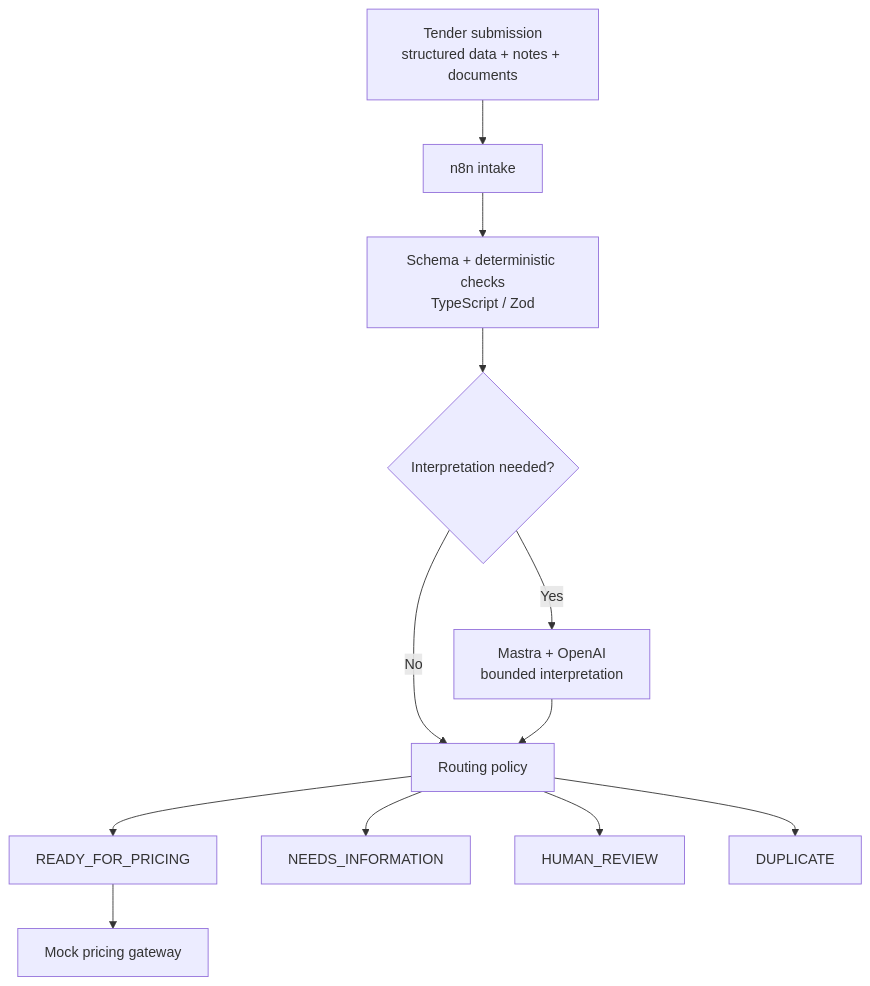
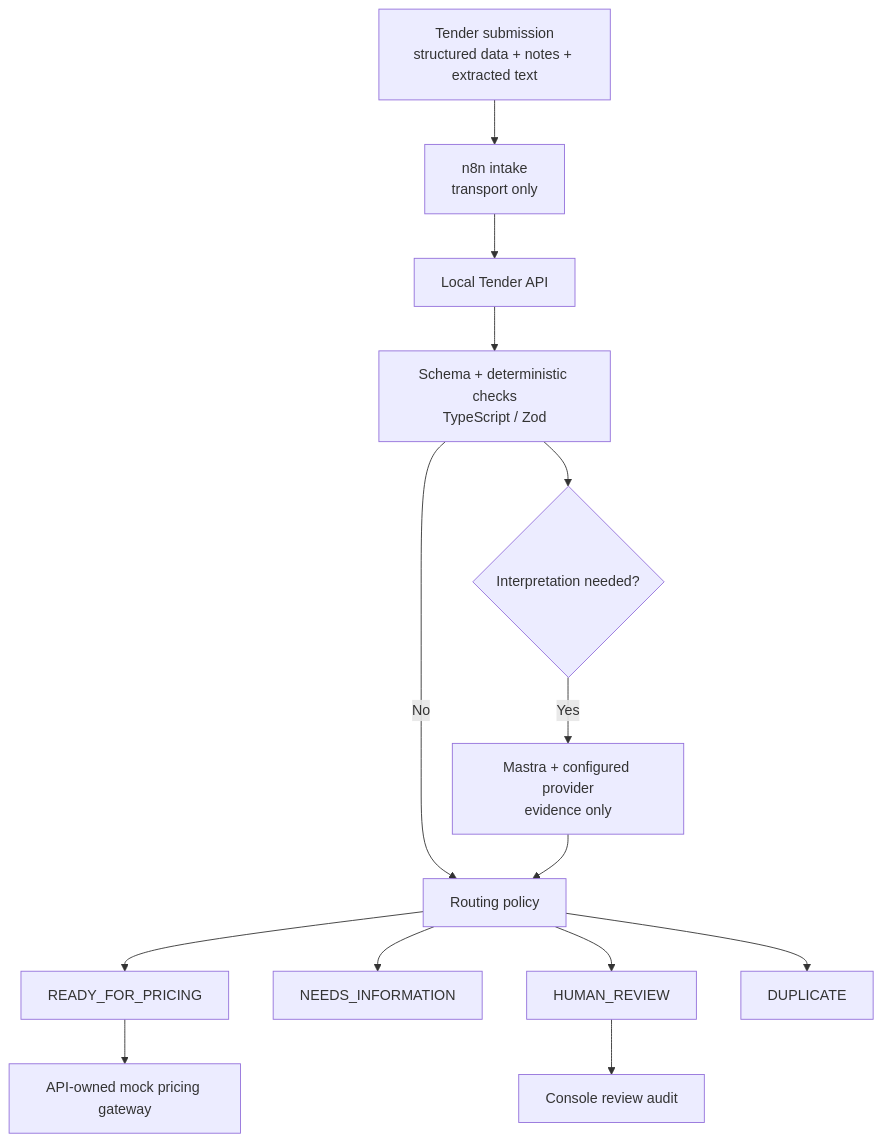
Before and after one commit to MichaelJLow/tem-tender-readiness-engine: the diagram in README.md, drawn with Mermaid. The commit also changed other lines of this file and 21 other files, not shown here.

````diff
--- a/README.md
+++ b/README.md
@@ -27,14 +31,16 @@
 ```mermaid
 flowchart TD
-    A["Tender submission<br/>structured data + notes + documents"] --> B["n8n intake"]
-    B --> C["Schema + deterministic checks<br/>TypeScript / Zod"]
-    C --> D{"Interpretation needed?"}
+    A["Tender submission<br/>structured data + notes + extracted text"] --> B["n8n intake<br/>transport only"]
+    B --> C["Local Tender API"]
+    C --> D["Schema + deterministic checks<br/>TypeScript / Zod"]
+    D --> E{"Interpretation needed?"}
     D -->|No| F["Routing policy"]
-    D -->|Yes| E["Mastra + OpenAI<br/>bounded interpretation"]
-    E --> F
-    F --> G["READY_FOR_PRICING"]
-    F --> H["NEEDS_INFORMATION"]
-    F --> I["HUMAN_REVIEW"]
-    F --> J["DUPLICATE"]
-    G --> K["Mock pricing gateway"]
+    E -->|Yes| G["Mastra + configured provider<br/>evidence only"]
+    G --> F
+    F --> H["READY_FOR_PRICING"]
+    F --> I["NEEDS_INFORMATION"]
+    F --> J["HUMAN_REVIEW"]
+    F --> K["DUPLICATE"]
+    H --> L["API-owned mock pricing gateway"]
+    J --> M["Console review audit"]
 ```
````
